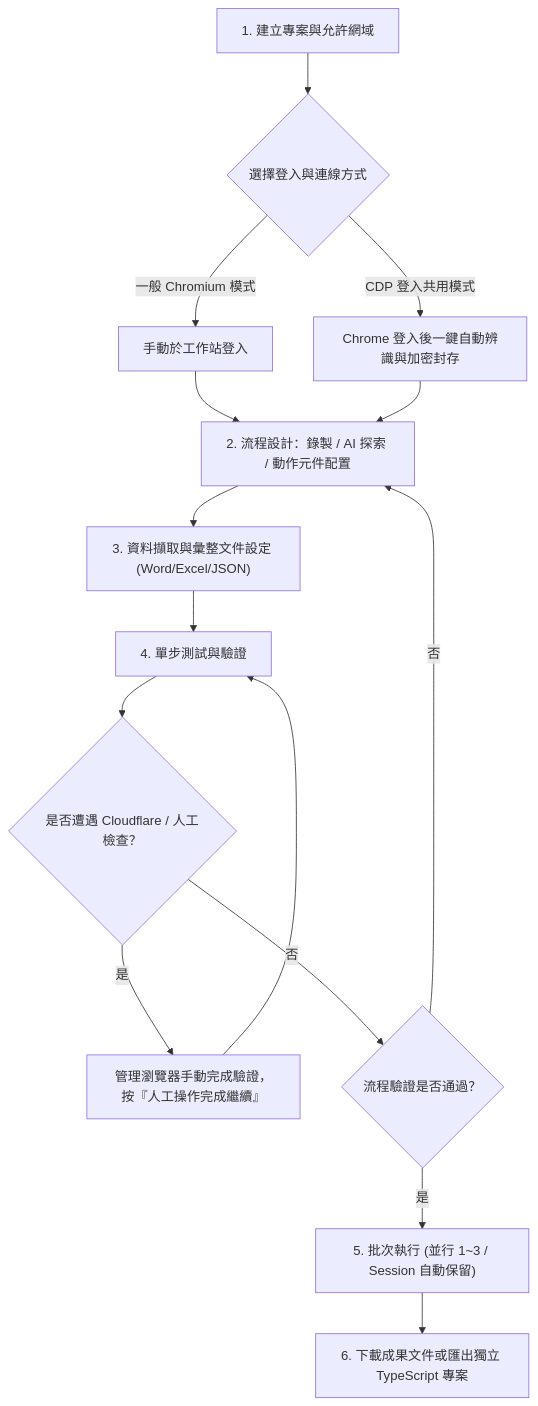
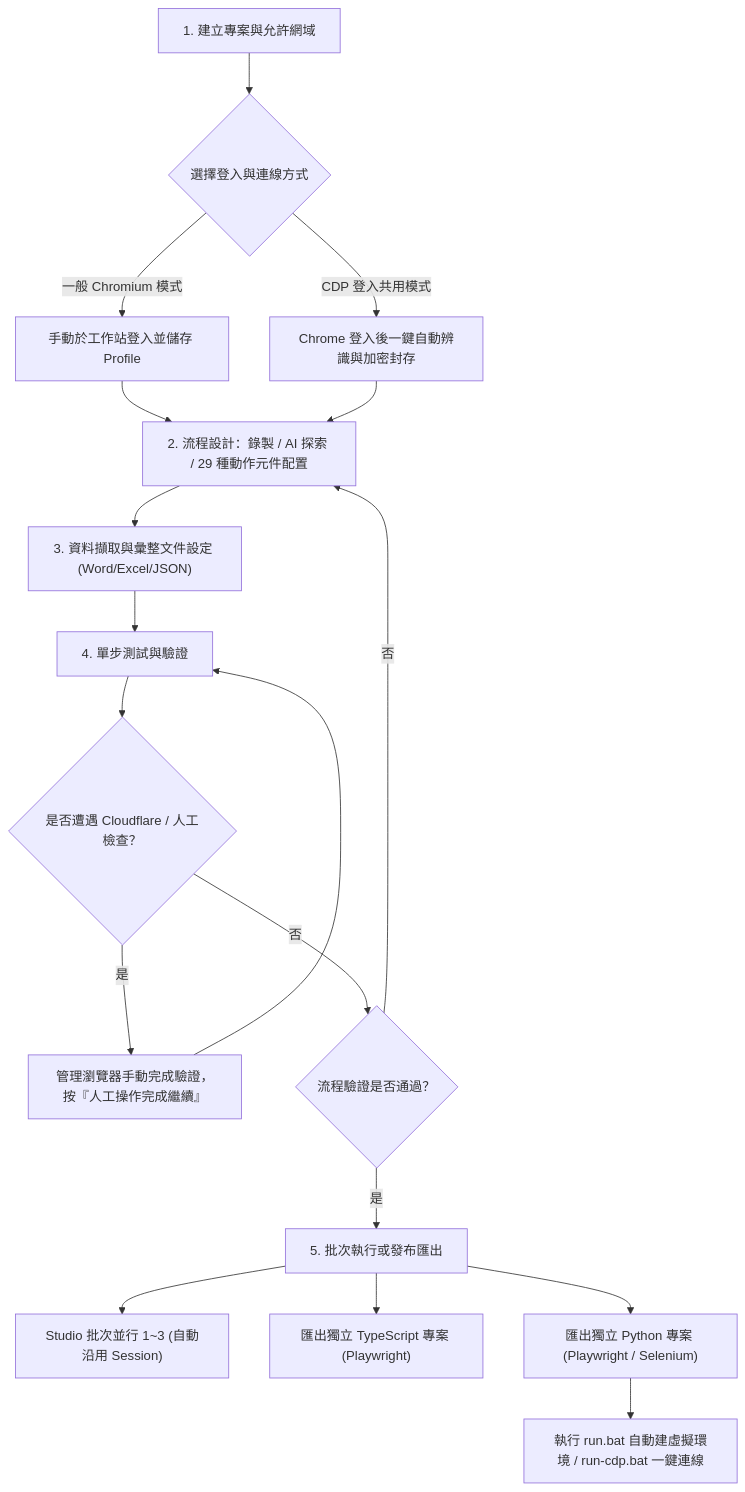
One commit to chiang-hz/automation-studio-generic-portable changed the diagram in README.md. Above: the diagram before and after it, drawn with Mermaid. The commit also changed other lines of this file and 33 other files, not shown here.

````diff
--- a/README.md
+++ b/README.md
@@ -210,17 +261,20 @@
 ```mermaid
 graph TD
     A["1. 建立專案與允許網域"] --> B{"選擇登入與連線方式"}
-    B -- "一般 Chromium 模式" --> C["手動於工作站登入"]
+    B -- "一般 Chromium 模式" --> C["手動於工作站登入並儲存 Profile"]
     B -- "CDP 登入共用模式" --> D["Chrome 登入後一鍵自動辨識與加密封存"]
-    C --> E["2. 流程設計：錄製 / AI 探索 / 動作元件配置"]
+    C --> E["2. 流程設計：錄製 / AI 探索 / 29 種動作元件配置"]
     D --> E
     E --> F["3. 資料擷取與彙整文件設定 (Word/Excel/JSON)"]
     F --> G["4. 單步測試與驗證"]
     G --> H{"是否遭遇 Cloudflare / 人工檢查？"}
     H -- 是 --> I["管理瀏覽器手動完成驗證，按『人工操作完成繼續』"]
     I --> G
     H -- 否 --> J{"流程驗證是否通過？"}
     J -- 否 --> E
-    J -- 是 --> K["5. 批次執行 (並行 1~3 / Session 自動保留)"]
-    K --> L["6. 下載成果文件或匯出獨立 TypeScript 專案"]
+    J -- 是 --> K["5. 批次執行或發布匯出"]
+    K --> L[" Studio 批次並行 1~3 (自動沿用 Session)"]
+    K --> M[" 匯出獨立 TypeScript 專案 (Playwright)"]
+    K --> N[" 匯出獨立 Python 專案 (Playwright / Selenium)"]
+    N --> O["執行 run.bat 自動建虛擬環境 / run-cdp.bat 一鍵連線"]
 ```
````
